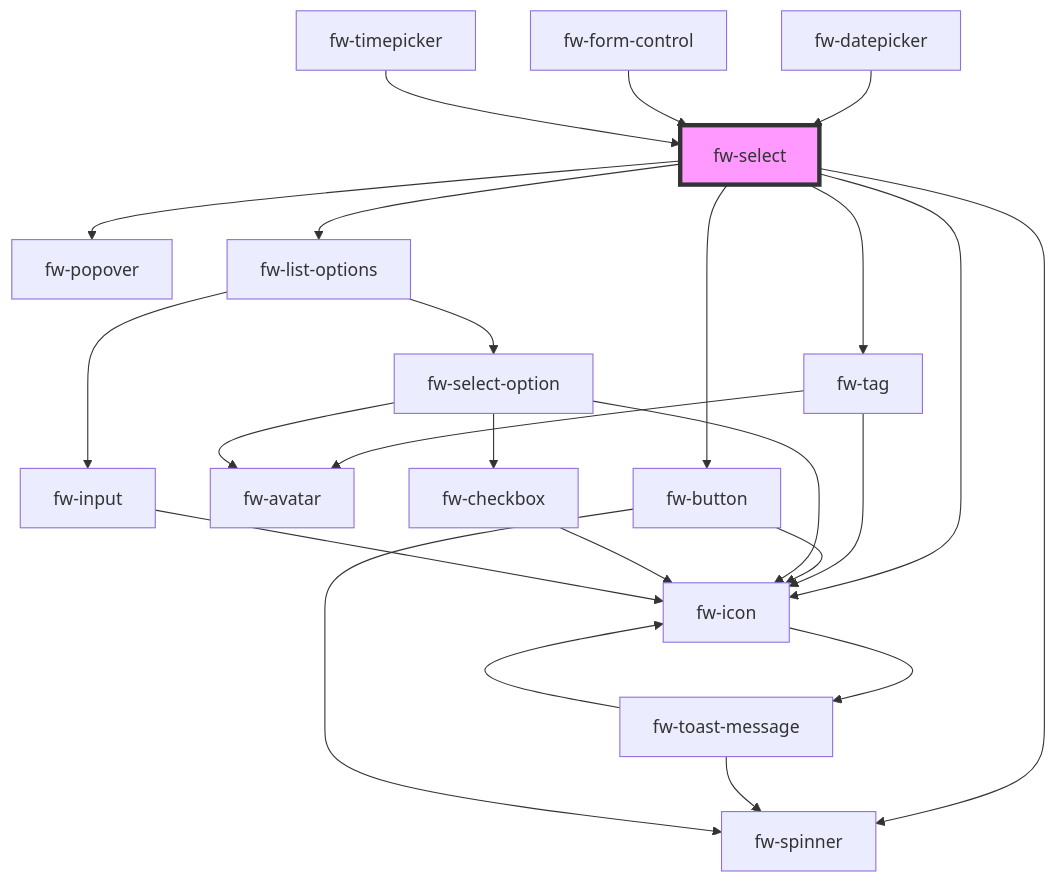
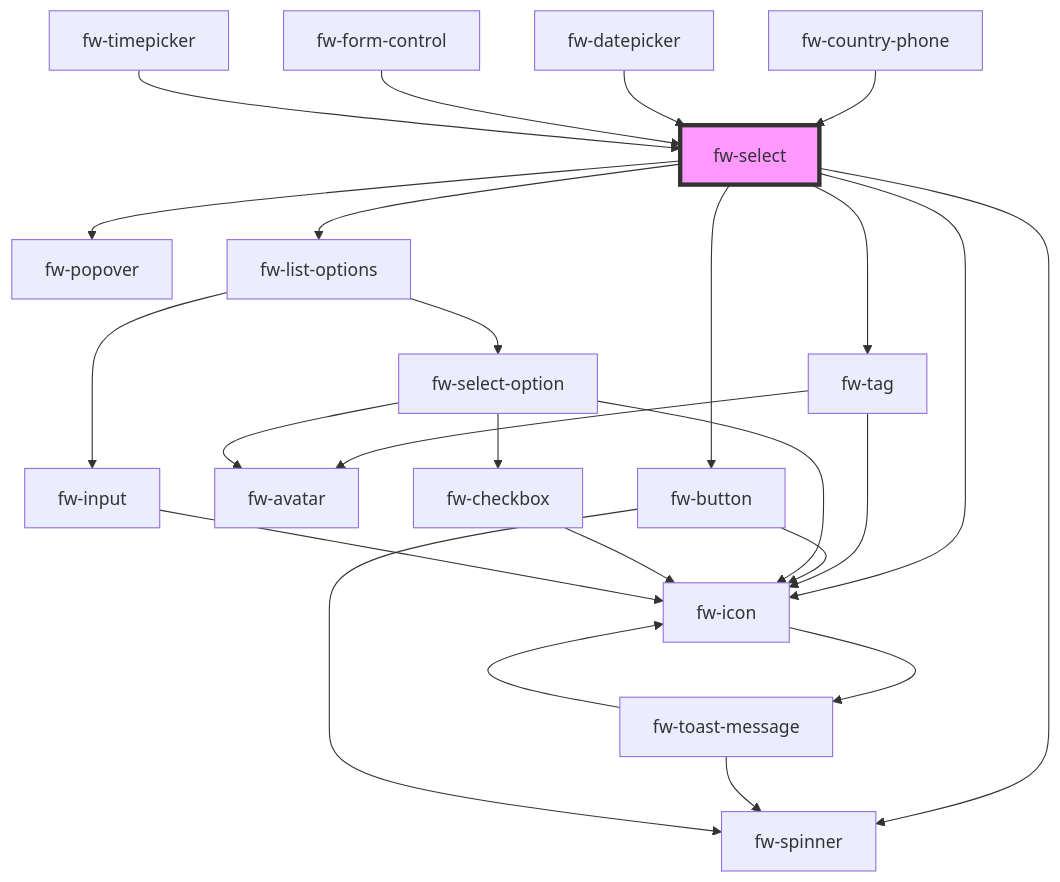
Before and after one commit to freshworks/crayons: the diagram in packages/crayons-core/src/components/select/readme.md, drawn with Mermaid. The commit also changed other lines of this file and 16 other files, not shown here.

````diff
--- a/packages/crayons-core/src/components/select/readme.md
+++ b/packages/crayons-core/src/components/select/readme.md
@@ -1089,27 +1090,28 @@
 ```mermaid
 graph TD;
   fw-select --> fw-tag
   fw-select --> fw-popover
   fw-select --> fw-button
   fw-select --> fw-spinner
   fw-select --> fw-icon
   fw-select --> fw-list-options
   fw-tag --> fw-avatar
   fw-tag --> fw-icon
   fw-icon --> fw-toast-message
   fw-toast-message --> fw-spinner
   fw-toast-message --> fw-icon
   fw-button --> fw-spinner
   fw-button --> fw-icon
   fw-list-options --> fw-select-option
   fw-list-options --> fw-input
   fw-select-option --> fw-icon
   fw-select-option --> fw-checkbox
   fw-select-option --> fw-avatar
   fw-checkbox --> fw-icon
   fw-input --> fw-icon
+  fw-country-phone --> fw-select
   fw-datepicker --> fw-select
   fw-form-control --> fw-select
   fw-timepicker --> fw-select
   style fw-select fill:#f9f,stroke:#333,stroke-width:4px
 ```
````
